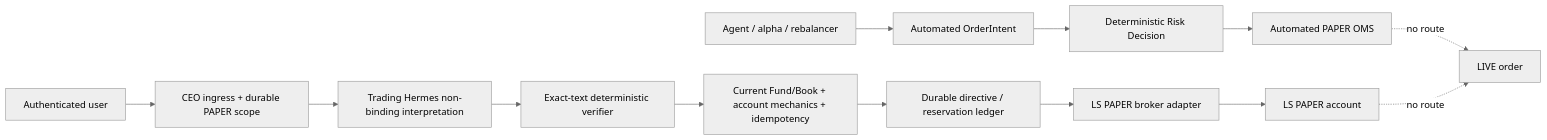
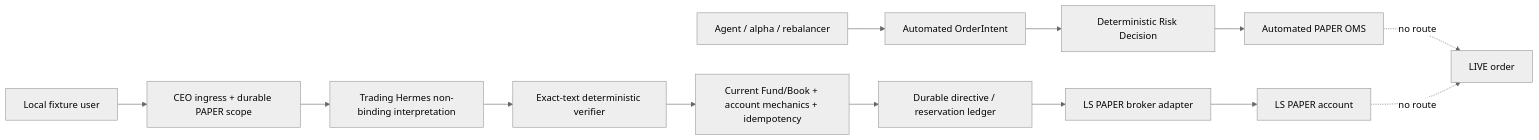
Before and after one commit to HgFinance/multi_agent: the second of 6 diagrams in docs/CURRENT_PROJECT_ARCHITECTURE.md, drawn with Mermaid (neutral theme). The commit also changed other lines of this file and 29 other files, not shown here.

````diff
--- a/docs/CURRENT_PROJECT_ARCHITECTURE.md
+++ b/docs/CURRENT_PROJECT_ARCHITECTURE.md
@@ -155,15 +155,15 @@
 ```mermaid
 flowchart LR
     A[Agent / alpha / rebalancer] --> O[Automated OrderIntent]
     O --> R[Deterministic Risk Decision]
     R --> AP[Automated PAPER OMS]
-    U[Authenticated user] --> C[CEO ingress + durable PAPER scope]
+    U[Local fixture user] --> C[CEO ingress + durable PAPER scope]
     C --> H[Trading Hermes non-binding interpretation]
     H --> P[Exact-text deterministic verifier]
     P --> G[Current Fund/Book + account mechanics + idempotency]
     G --> B[Durable directive / reservation ledger]
     B --> PBR[LS PAPER broker adapter]
     PBR --> PA[LS PAPER account]
     AP -. no route .-> L[LIVE order]
     PA -. no route .-> L
 ```
````
